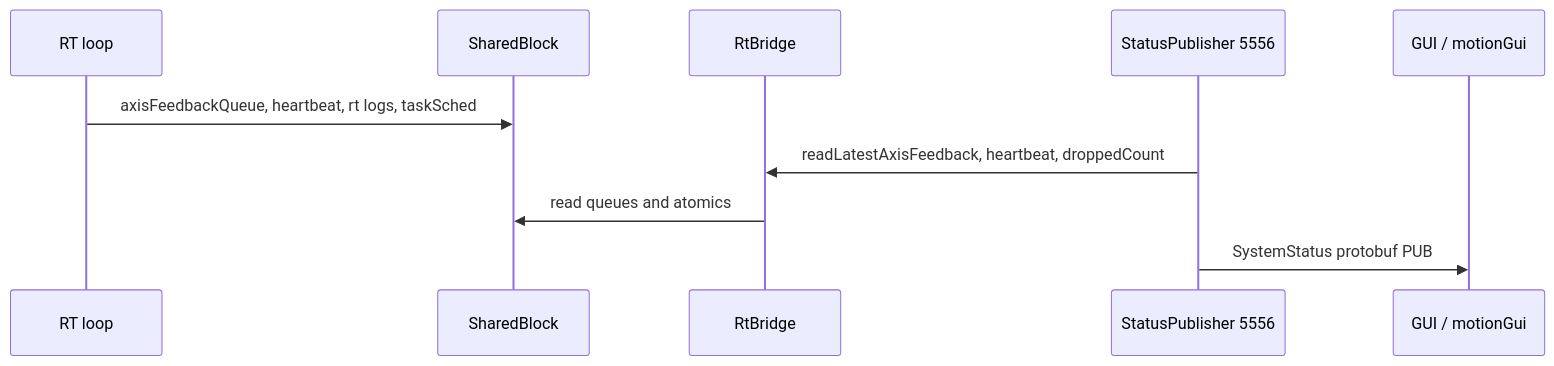
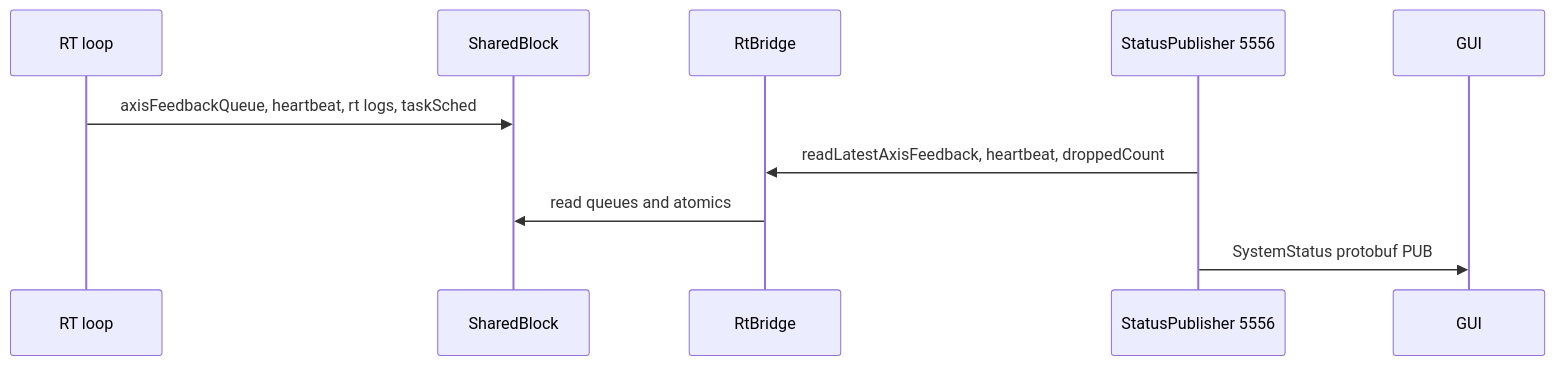
One commit to jadenzhangrobot/zrcs changed the fourth of 6 diagrams in docs/architecture-analysis.md. Above: the diagram before and after it, drawn with Mermaid. The commit also changed other lines of this file and 9 other files, not shown here.

````diff
--- a/docs/architecture-analysis.md
+++ b/docs/architecture-analysis.md
@@ -134,13 +135,13 @@
 ```mermaid
 sequenceDiagram
     participant RT as RT loop
     participant SHM as SharedBlock
     participant Bridge as RtBridge
     participant Pub as StatusPublisher 5556
-    participant GUI as GUI / motionGui
+    participant GUI as GUI
 
     RT->>SHM: axisFeedbackQueue, heartbeat, rt logs, taskSched
     Pub->>Bridge: readLatestAxisFeedback, heartbeat, droppedCount
     Bridge->>SHM: read queues and atomics
     Pub->>GUI: SystemStatus protobuf PUB
 ```
````
